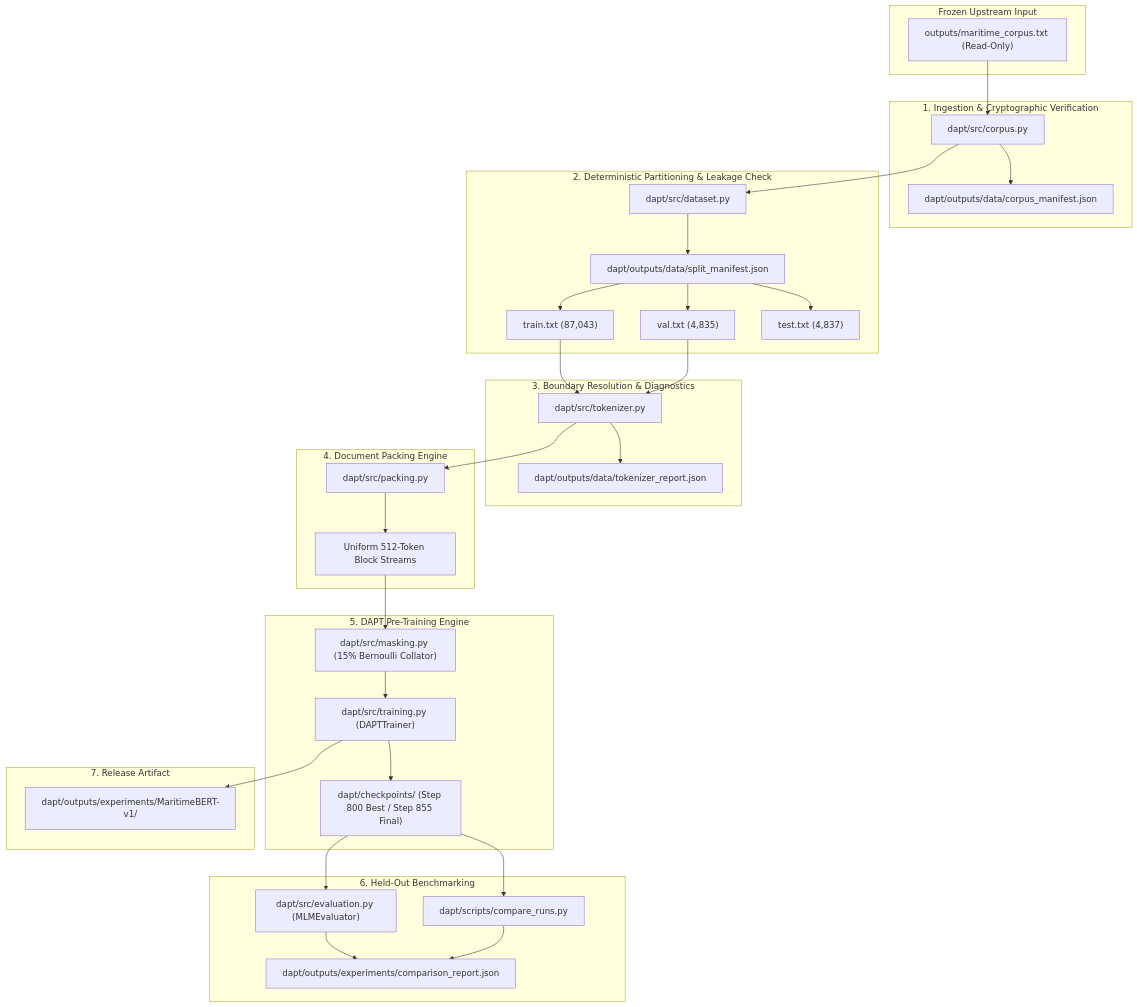
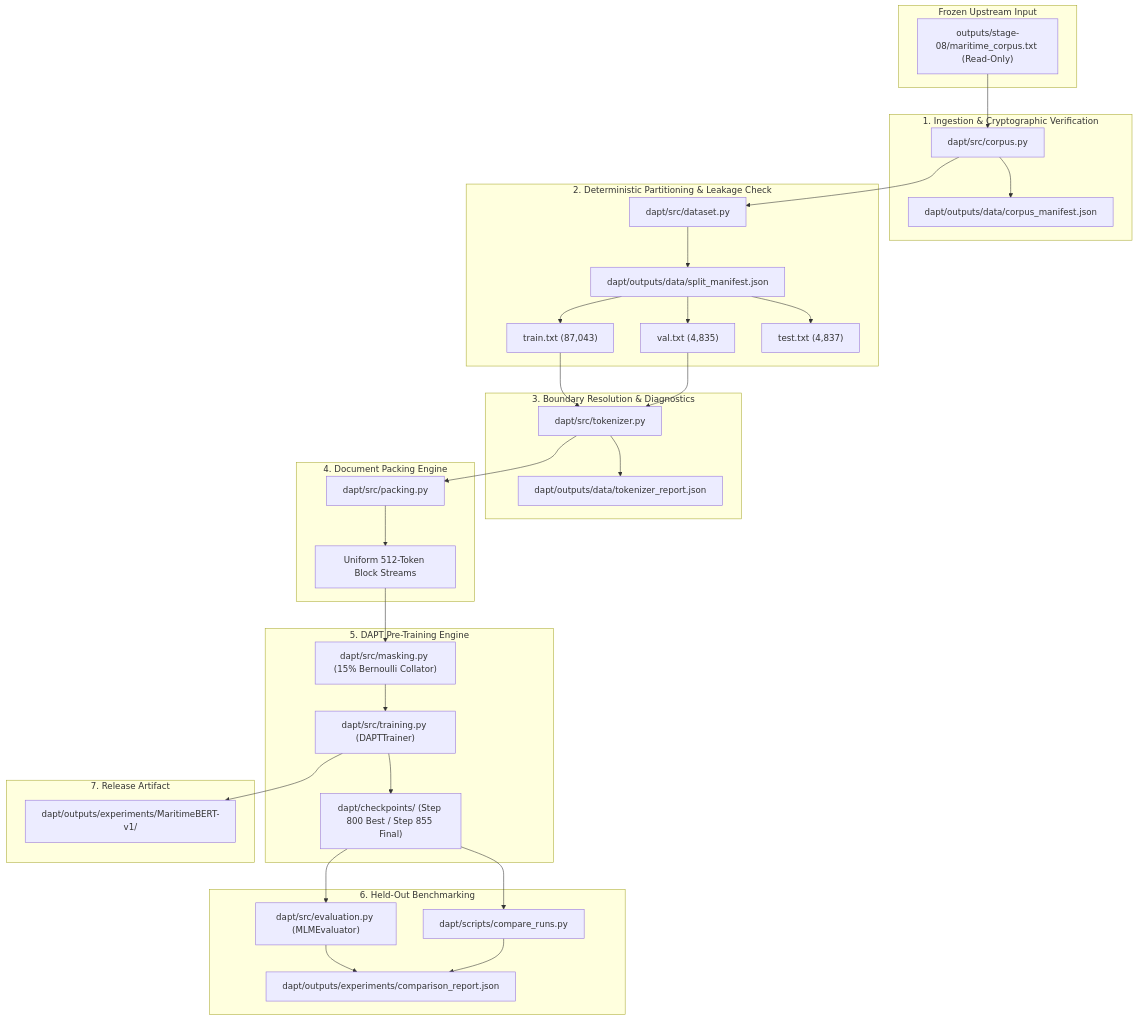
One commit to AbhishekYadav2207/TSBC-MaritimePipeline-PR changed the first of 2 diagrams in documentation/14_dapt_domain_adaptive_pretraining.md. Above: the diagram before and after it, drawn with Mermaid. The commit also changed other lines of this file and 18 other files, not shown here.

````diff
--- a/documentation/14_dapt_domain_adaptive_pretraining.md
+++ b/documentation/14_dapt_domain_adaptive_pretraining.md
@@ -42,53 +42,53 @@
 ```mermaid
 flowchart TD
     subgraph Inputs ["Frozen Upstream Input"]
-        CorpusFile["outputs/maritime_corpus.txt (Read-Only)"]
+        CorpusFile["outputs/stage-08/maritime_corpus.txt (Read-Only)"]
     end
 
     subgraph HashLock ["1. Ingestion & Cryptographic Verification"]
         CorpusPy["dapt/src/corpus.py"]
         CorpusManifest["dapt/outputs/data/corpus_manifest.json"]
     end
 
     subgraph Splitting ["2. Deterministic Partitioning & Leakage Check"]
         DatasetPy["dapt/src/dataset.py"]
         SplitManifest["dapt/outputs/data/split_manifest.json"]
         TrainTxt["train.txt (87,043)"]
         ValTxt["val.txt (4,835)"]
         TestTxt["test.txt (4,837)"]
     end
 
     subgraph Tokenization ["3. Boundary Resolution & Diagnostics"]
         TokenizerPy["dapt/src/tokenizer.py"]
         TokenReport["dapt/outputs/data/tokenizer_report.json"]
     end
 
     subgraph Packing ["4. Document Packing Engine"]
         PackingPy["dapt/src/packing.py"]
         PackedDataset["Uniform 512-Token Block Streams"]
     end
 
     subgraph Training ["5. DAPT Pre-Training Engine"]
         MaskingPy["dapt/src/masking.py (15% Bernoulli Collator)"]
         TrainerPy["dapt/src/training.py (DAPTTrainer)"]
         Checkpoints["dapt/checkpoints/ (Step 800 Best / Step 855 Final)"]
     end
 
     subgraph Evaluation ["6. Held-Out Benchmarking"]
         EvalPy["dapt/src/evaluation.py (MLMEvaluator)"]
         ComparePy["dapt/scripts/compare_runs.py"]
         CompReport["dapt/outputs/experiments/comparison_report.json"]
     end
 
     subgraph Export ["7. Release Artifact"]
         ExportDir["dapt/outputs/experiments/MaritimeBERT-v1/"]
     end
 
     CorpusFile --> CorpusPy --> CorpusManifest
     CorpusPy --> DatasetPy --> SplitManifest --> TrainTxt & ValTxt & TestTxt
     TrainTxt & ValTxt --> TokenizerPy --> TokenReport
     TokenizerPy --> PackingPy --> PackedDataset
     PackedDataset --> MaskingPy --> TrainerPy --> Checkpoints
     Checkpoints --> EvalPy & ComparePy --> CompReport
     TrainerPy --> ExportDir
 ```
````
